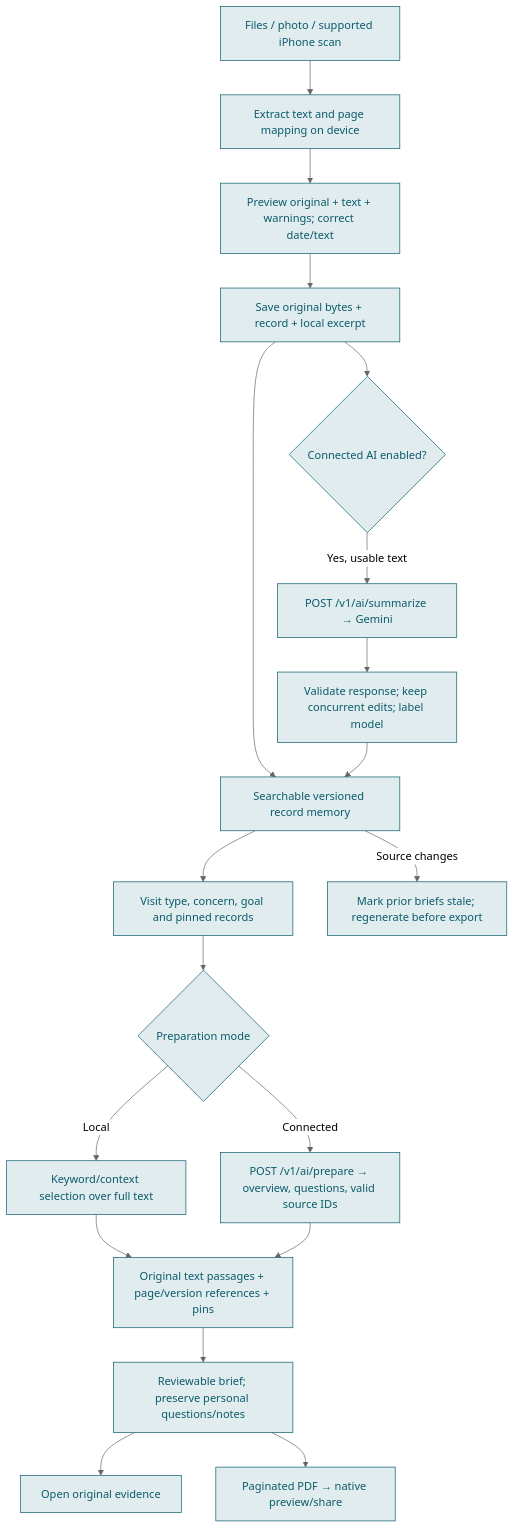
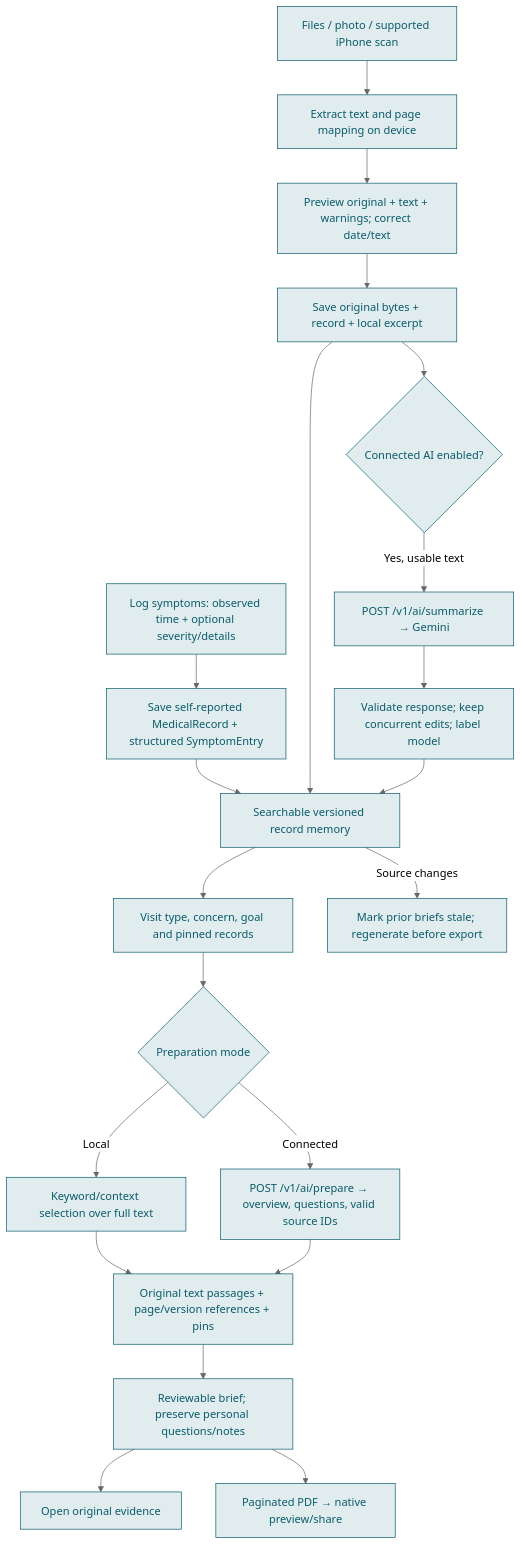
The second of 6 diagrams in docs/architecture.md (Siddiqui-R/2026_ricehackathon_medicine), drawn with Mermaid (neutral theme) before and after one commit. The commit also changed other lines of this file and 8 other files, not shown here.

Commit message:
docs: record profile and symptom flows with updated stack diagram

````diff
--- a/docs/architecture.md
+++ b/docs/architecture.md
@@ -79,22 +79,24 @@
 ```mermaid
 flowchart TD
+    SYMPTOM["Log symptoms: observed time + optional severity/details"] --> OBSERVATION["Save self-reported MedicalRecord + structured SymptomEntry"]
+    OBSERVATION --> MEMORY
     IMPORT["Files / photo / supported iPhone scan"] --> EXTRACT["Extract text and page mapping on device"]
     EXTRACT --> REVIEW["Preview original + text + warnings; correct date/text"]
     REVIEW --> SAVE["Save original bytes + record + local excerpt"]
     SAVE --> MEMORY["Searchable versioned record memory"]
     SAVE --> ENABLED{"Connected AI enabled?"}
     ENABLED -->|"Yes, usable text"| SUMMARY["POST /v1/ai/summarize → Gemini"]
     SUMMARY --> VALID["Validate response; keep concurrent edits; label model"] --> MEMORY
     MEMORY --> VISIT["Visit type, concern, goal and pinned records"]
     VISIT --> MODE{"Preparation mode"}
     MODE -->|"Local"| LOCAL["Keyword/context selection over full text"]
     MODE -->|"Connected"| AI["POST /v1/ai/prepare → overview, questions, valid source IDs"]
     LOCAL --> QUOTES["Original text passages + page/version references + pins"]
     AI --> QUOTES
     QUOTES --> BRIEF["Reviewable brief; preserve personal questions/notes"]
     BRIEF --> SOURCE["Open original evidence"]
     BRIEF --> PDF["Paginated PDF → native preview/share"]
     MEMORY -->|"Source changes"| STALE["Mark prior briefs stale; regenerate before export"]
     classDef reva fill:#E1ECEE,stroke:#0A5B6C,color:#0A5B6C;
-    class IMPORT,EXTRACT,REVIEW,SAVE,MEMORY,ENABLED,SUMMARY,VALID,VISIT,MODE,LOCAL,AI,QUOTES,BRIEF,SOURCE,PDF,STALE reva;
+    class SYMPTOM,OBSERVATION,IMPORT,EXTRACT,REVIEW,SAVE,MEMORY,ENABLED,SUMMARY,VALID,VISIT,MODE,LOCAL,AI,QUOTES,BRIEF,SOURCE,PDF,STALE reva;
 ```
````
